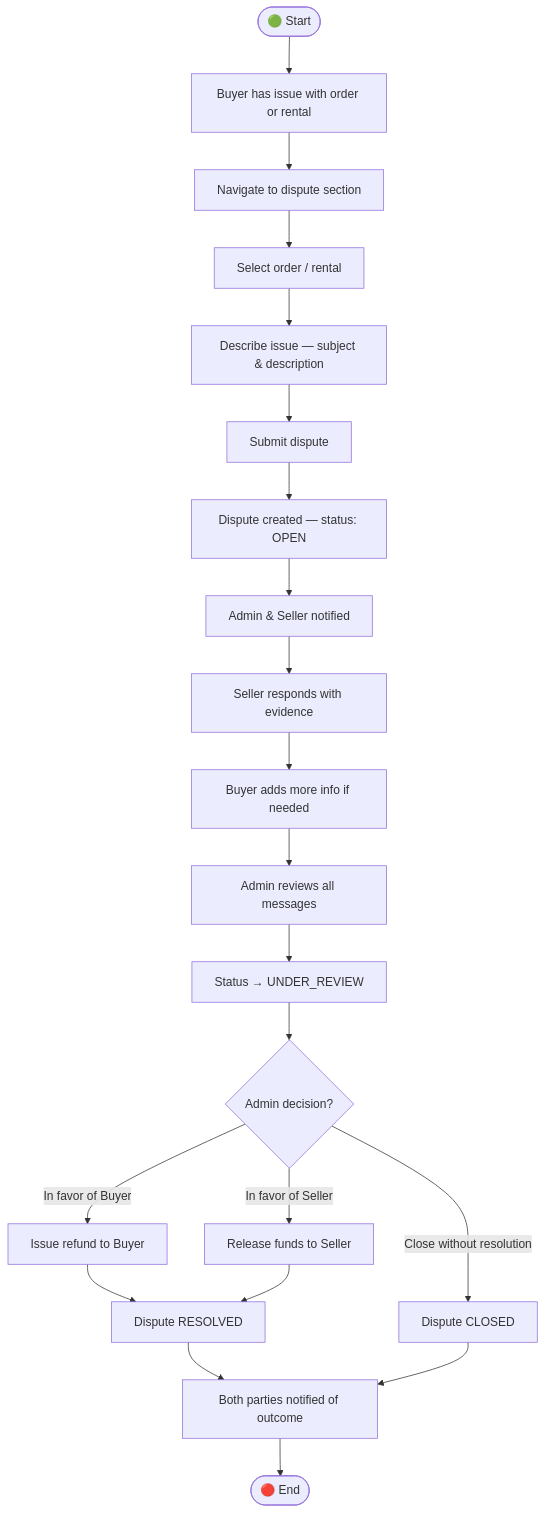
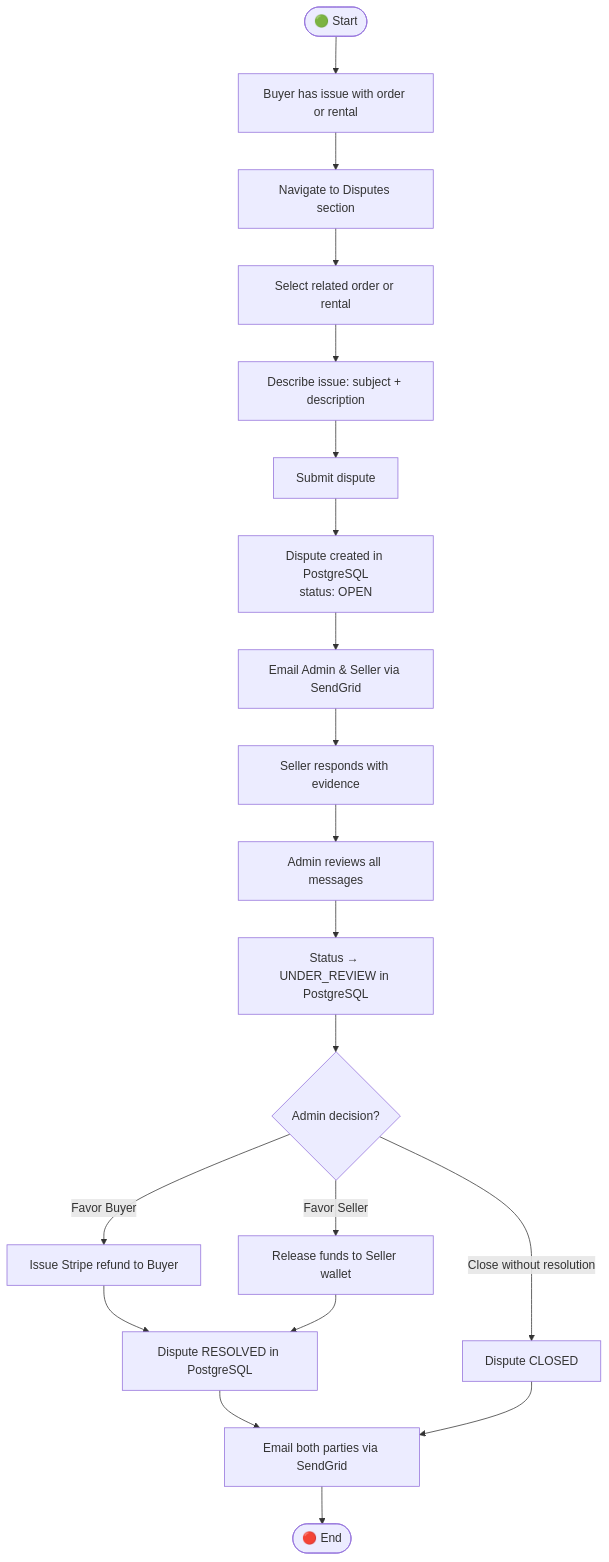
The sixth of 8 diagrams in diagrams/04_activity_diagram.md (tayeb736/prohect12), drawn with Mermaid before and after one commit. The commit also changed other lines of this file and 7 other files, not shown here.

Commit message:
docs: update all UML diagrams — add PostgreSQL, Redis, S3, Stripe, SendGrid, KYC, Swagger per readme2 & README3

````diff
--- a/diagrams/04_activity_diagram.md
+++ b/diagrams/04_activity_diagram.md
@@ -184,23 +192,22 @@
 ```mermaid
 flowchart TD
   Start([🟢 Start]) --> F1[Buyer has issue with order or rental]
-  F1 --> F2[Navigate to dispute section]
-  F2 --> F3[Select order / rental]
-  F3 --> F4[Describe issue — subject & description]
+  F1 --> F2[Navigate to Disputes section]
+  F2 --> F3[Select related order or rental]
+  F3 --> F4[Describe issue: subject + description]
   F4 --> F5[Submit dispute]
-  F5 --> F6[Dispute created — status: OPEN]
-  F6 --> F7[Admin & Seller notified]
+  F5 --> F6[Dispute created in PostgreSQL\nstatus: OPEN]
+  F6 --> F7[Email Admin & Seller via SendGrid]
   F7 --> F8[Seller responds with evidence]
-  F8 --> F9[Buyer adds more info if needed]
-  F9 --> F10[Admin reviews all messages]
-  F10 --> F11[Status → UNDER_REVIEW]
-  F11 --> F12{Admin decision?}
-  F12 -- In favor of Buyer --> F13[Issue refund to Buyer]
-  F13 --> F14[Dispute RESOLVED]
-  F12 -- In favor of Seller --> F15[Release funds to Seller]
-  F15 --> F14
-  F12 -- Close without resolution --> F16[Dispute CLOSED]
-  F14 --> F17[Both parties notified of outcome]
-  F16 --> F17
-  F17 --> End([🔴 End])
+  F8 --> F9[Admin reviews all messages]
+  F9 --> F10[Status → UNDER_REVIEW in PostgreSQL]
+  F10 --> F11{Admin decision?}
+  F11 -- Favor Buyer --> F12[Issue Stripe refund to Buyer]
+  F12 --> F13[Dispute RESOLVED in PostgreSQL]
+  F11 -- Favor Seller --> F14[Release funds to Seller wallet]
+  F14 --> F13
+  F11 -- Close without resolution --> F15[Dispute CLOSED]
+  F13 --> F16[Email both parties via SendGrid]
+  F15 --> F16
+  F16 --> End([🔴 End])
 ```
````
